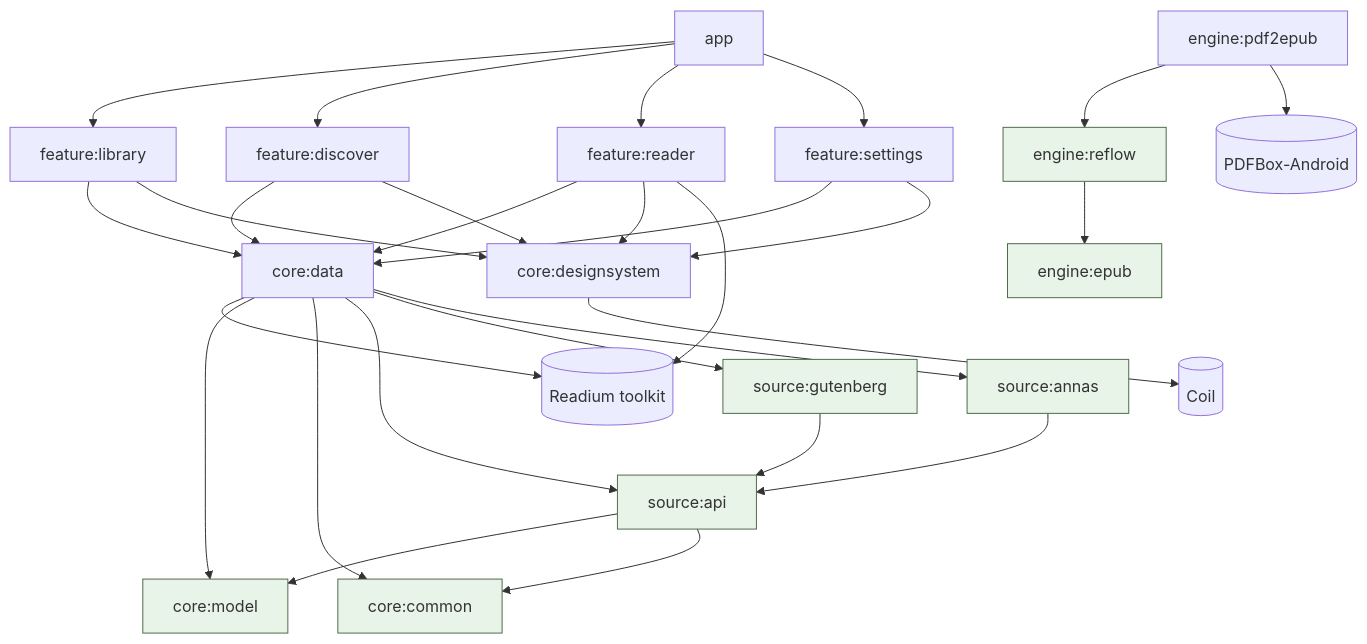
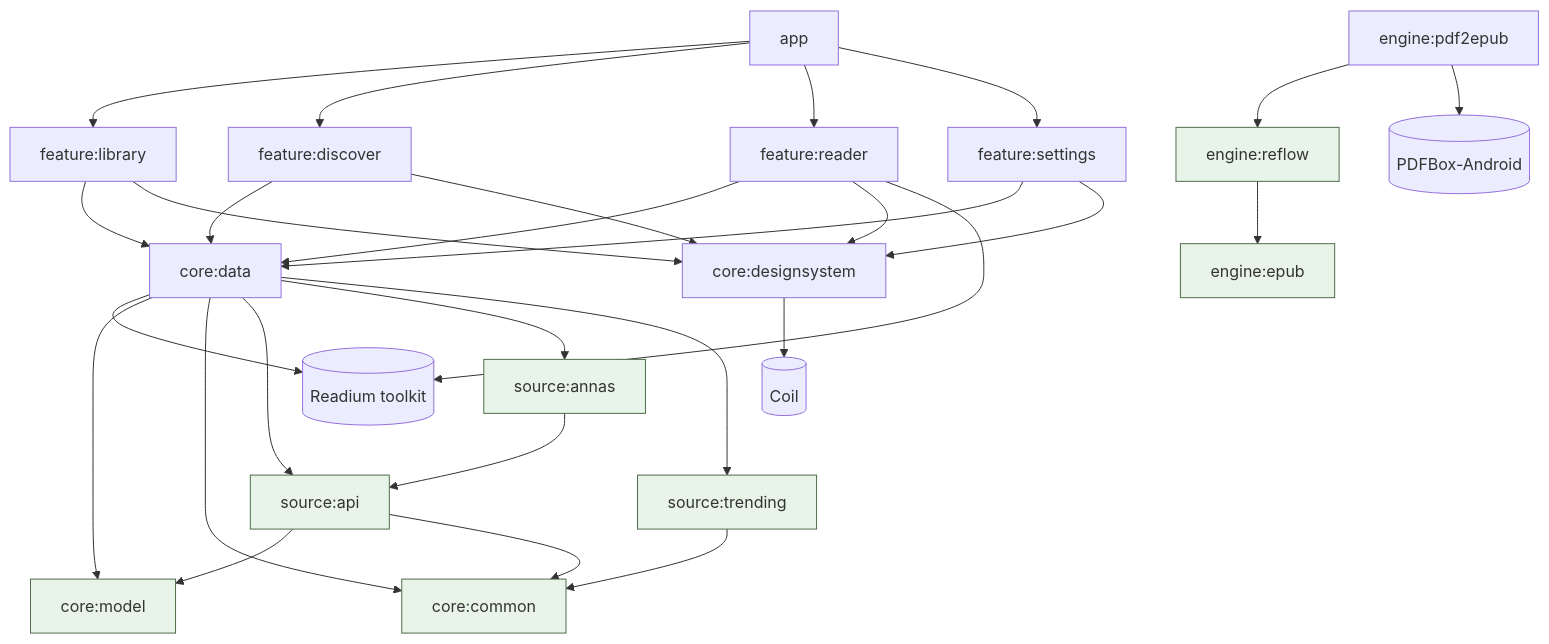
One commit to TBLgGamin/readana changed the diagram in docs/ARCHITECTURE.md. Above: the diagram before and after it, drawn with Mermaid. The commit also changed other lines of this file and 20 other files, not shown here.

````diff
--- a/docs/ARCHITECTURE.md
+++ b/docs/ARCHITECTURE.md
@@ -9,37 +9,37 @@
 ```mermaid
 graph TD
     app --> feature_library[feature:library]
     app --> feature_discover[feature:discover]
     app --> feature_reader[feature:reader]
     app --> feature_settings[feature:settings]
 
     feature_library --> core_data[core:data]
     feature_discover --> core_data
     feature_reader --> core_data
     feature_settings --> core_data
     feature_library --> core_designsystem[core:designsystem]
     feature_discover --> core_designsystem
     feature_reader --> core_designsystem
     feature_settings --> core_designsystem
     feature_reader --> readium[(Readium toolkit)]
     core_designsystem --> coil[(Coil)]
 
     core_data --> readium
     core_data --> core_model[core:model]
     core_data --> core_common[core:common]
     core_data --> source_api[source:api]
-    core_data --> source_gutenberg[source:gutenberg]
     core_data --> source_annas[source:annas]
+    core_data --> source_trending[source:trending]
 
-    source_gutenberg --> source_api
     source_annas --> source_api
+    source_trending --> core_common
     source_api --> core_model
     source_api --> core_common
 
     engine_pdf2epub[engine:pdf2epub] --> engine_reflow[engine:reflow]
     engine_pdf2epub --> pdfbox[(PDFBox-Android)]
     engine_reflow --> engine_epub[engine:epub]
 
     classDef jvm fill:#e8f4e8,stroke:#4f6d4a;
-    class core_model,core_common,source_api,source_gutenberg,source_annas,engine_reflow,engine_epub jvm;
+    class core_model,core_common,source_api,source_annas,source_trending,engine_reflow,engine_epub jvm;
 ```
````
